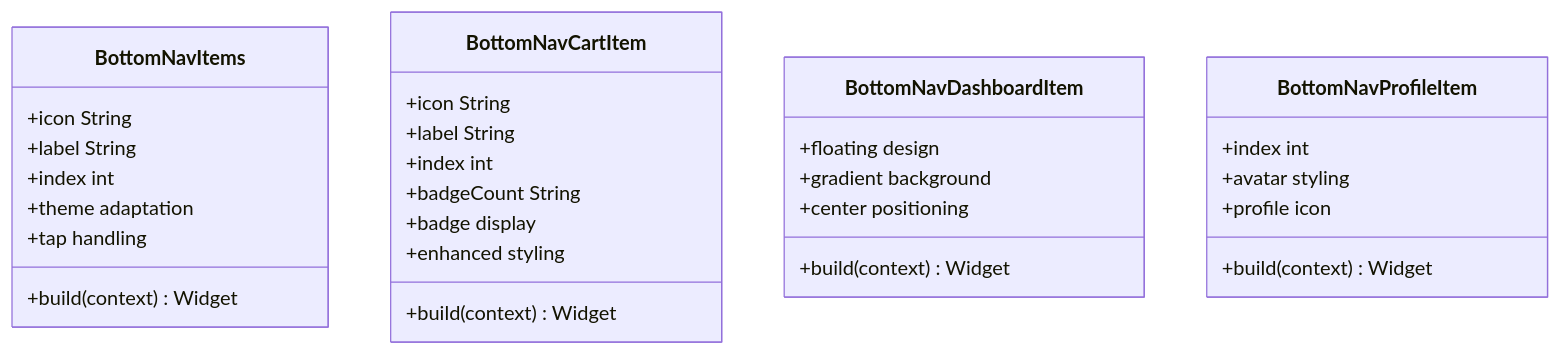
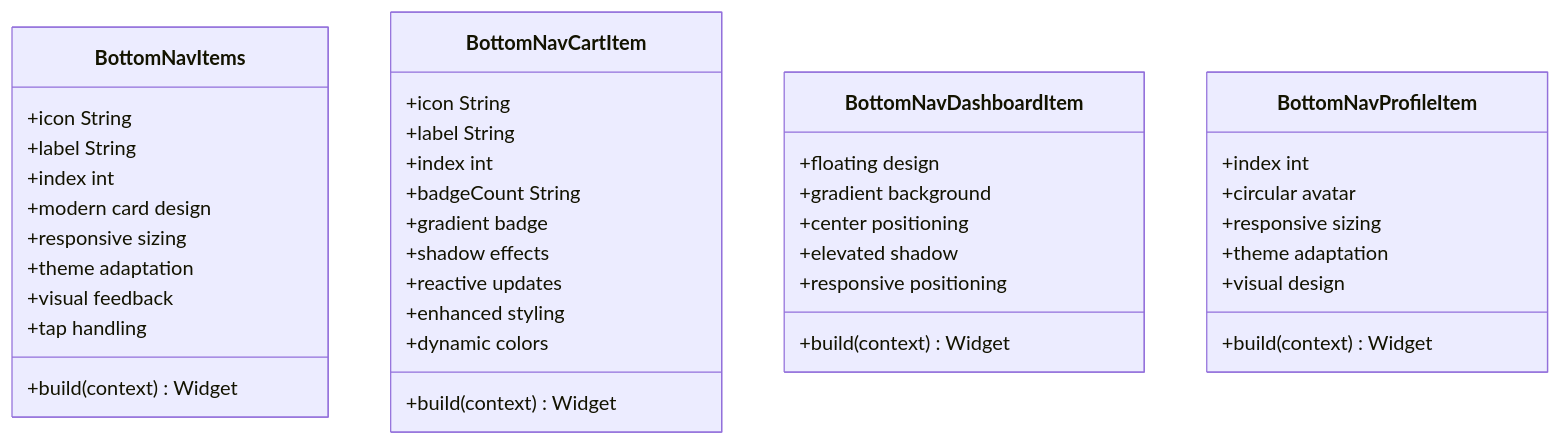
The eighth of 11 diagrams in .qoder/repowiki/en/content/Core Features/Dashboard and Navigation.md (Ariful3111/FurniGo), drawn with Mermaid before and after one commit. The commit also changed other lines of this file and 3 other files, not shown here.

````diff
--- a/.qoder/repowiki/en/content/Core Features/Dashboard and Navigation.md
+++ b/.qoder/repowiki/en/content/Core Features/Dashboard and Navigation.md
@@ -475,32 +514,42 @@
 ```mermaid
 classDiagram
 class BottomNavItems {
 +icon String
 +label String
 +index int
 +build(context) Widget
++modern card design
++responsive sizing
 +theme adaptation
++visual feedback
 +tap handling
 }
 class BottomNavCartItem {
 +icon String
 +label String
 +index int
 +badgeCount String
 +build(context) Widget
-+badge display
++gradient badge
++shadow effects
++reactive updates
 +enhanced styling
++dynamic colors
 }
 class BottomNavDashboardItem {
 +build(context) Widget
 +floating design
 +gradient background
 +center positioning
++elevated shadow
++responsive positioning
 }
 class BottomNavProfileItem {
 +index int
 +build(context) Widget
-+avatar styling
-+profile icon
++circular avatar
++responsive sizing
++theme adaptation
++visual design
 }
 ```
````
